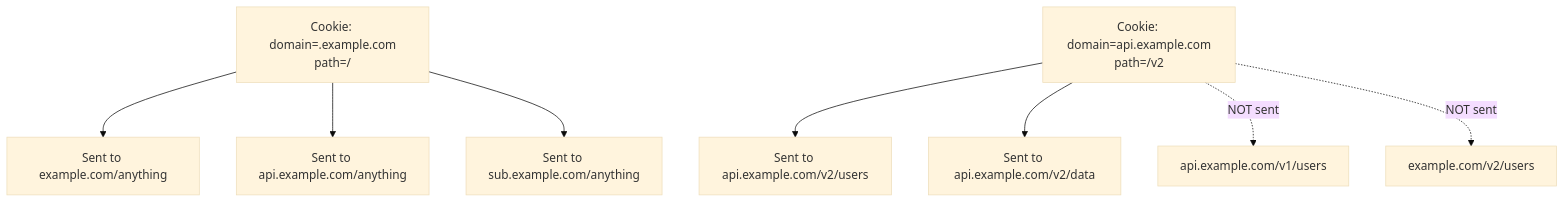
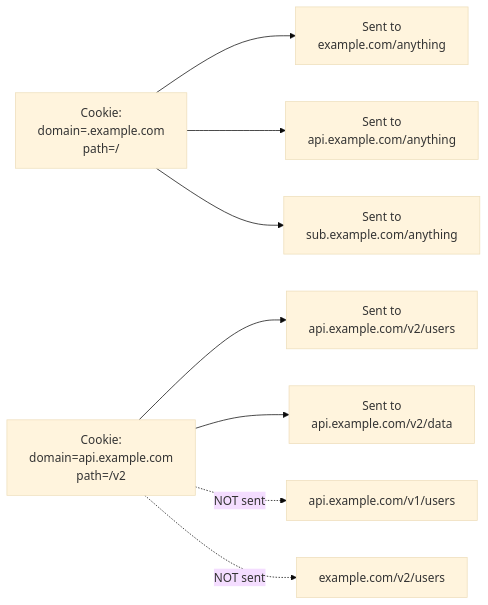
Before and after one commit to bytetunnels/bytetunnels.github.com: the third of 4 diagrams in _posts/2026-02-23-playwright-cookie-management-http-level-scraping.md, drawn with Mermaid (base theme). The commit also changed other lines of this file and 118 other files, not shown here.

Commit message:
feat: improve diagram styling and compact wide flowcharts

````diff
--- a/_posts/2026-02-23-playwright-cookie-management-http-level-scraping.md
+++ b/_posts/2026-02-23-playwright-cookie-management-http-level-scraping.md
@@ -365,11 +365,11 @@
 ```mermaid
-flowchart TD
-    A[Cookie: domain=.example.com<br>path=/] --> B[Sent to example.com/anything]
-    A --> C[Sent to api.example.com/anything]
-    A --> D[Sent to sub.example.com/anything]
+flowchart LR
+    A["Cookie:<br/>domain=.example.com<br/>path=/"] --> B["Sent to<br/>example.com/anything"]
+    A --> C["Sent to<br/>api.example.com/anything"]
+    A --> D["Sent to<br/>sub.example.com/anything"]
 
-    E[Cookie: domain=api.example.com<br>path=/v2] --> F[Sent to api.example.com/v2/users]
-    E --> G[Sent to api.example.com/v2/data]
+    E["Cookie:<br/>domain=api.example.com<br/>path=/v2"] --> F["Sent to<br/>api.example.com/v2/users"]
+    E --> G["Sent to<br/>api.example.com/v2/data"]
     E -.->|NOT sent| H[api.example.com/v1/users]
     E -.->|NOT sent| I[example.com/v2/users]
 ```
````
